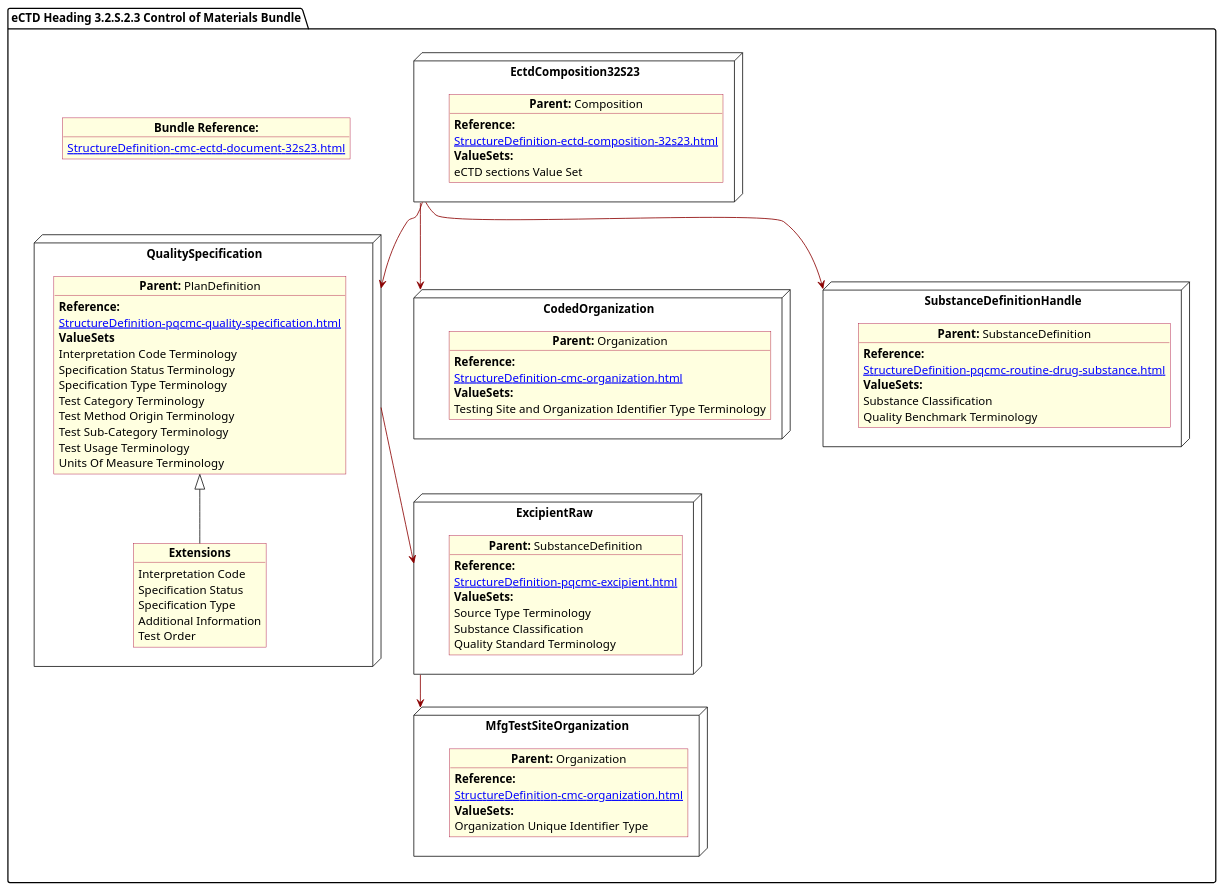
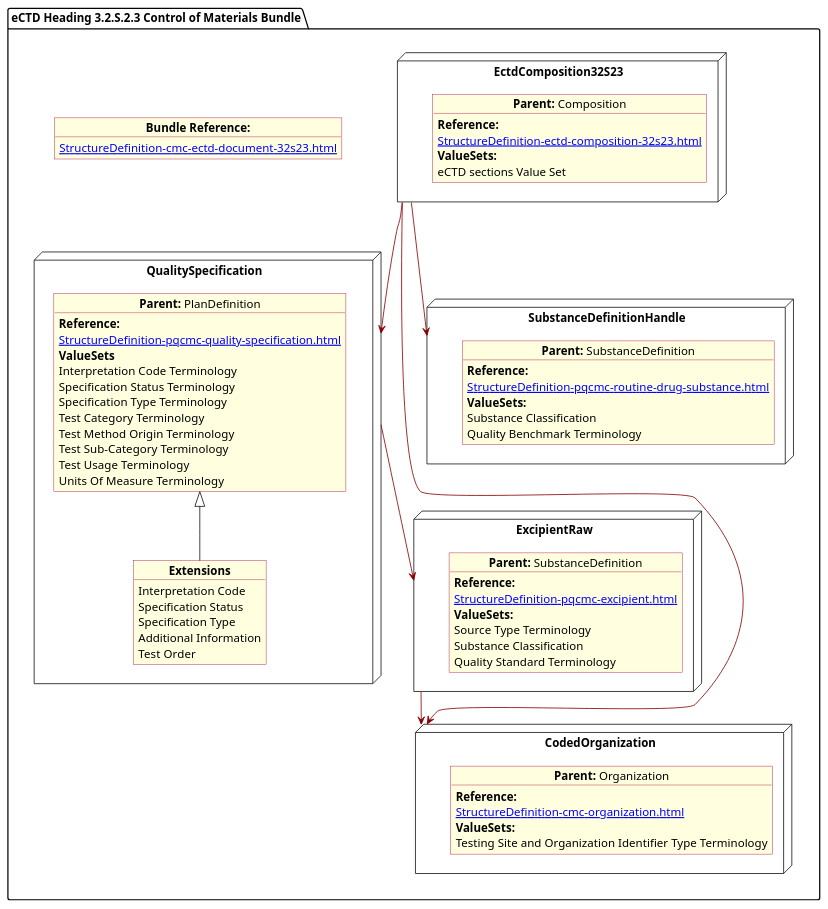
One commit to HL7/FHIR-us-pq-cmc-fda changed the diagram in input/images-source/SubstanceControlMat.plantuml. Above: the diagram before and after it, drawn with PlantUML. The commit also changed 9 other files, not shown here.

Commit message:
diagrams and text ballot changes

```diff
--- a/input/images-source/SubstanceControlMat.plantuml
+++ b/input/images-source/SubstanceControlMat.plantuml
@@ -1,97 +1,89 @@
 @startuml SubstanceControlMat
 allowmixing
 'Mixed model of use case and object
 skinparam svgDimensionStyle false
 skinparam ObjectBackgroundColor LightYellow
 skinparam ObjectBorderColor #A80036
 skinparam activityDiamondBorderColor #A80036
 skinparam activityDiamondBackgroundColor lawnGreen
 skinparam ClassBorderThickness 4
 
 package "eCTD Heading 3.2.S.2.3 Control of Materials Bundle" as NODES {
     object "**Bundle Reference:**" as objbun {
         [[StructureDefinition-cmc-ectd-document-32s23.html]]
     }
 
     node "QualitySpecification" as N2 {
 
         object "**Parent:** PlanDefinition" as obj2 {
             **Reference:**
             [[StructureDefinition-pqcmc-quality-specification.html]]
             **ValueSets**
             Interpretation Code Terminology
             Specification Status Terminology
             Specification Type Terminology
             Test Category Terminology
             Test Method Origin Terminology
             Test Sub-Category Terminology
             Test Usage Terminology
             Units Of Measure Terminology
         }
         object "**Extensions**" as objQSEx {
             Interpretation Code
             Specification Status
             Specification Type
             Additional Information
             Test Order
         }
         obj2 <|-- objQSEx
     }
     node "EctdComposition32S23" as N1 {
 
         object "**Parent:** Composition" as obj1 {
             **Reference:**
             [[StructureDefinition-ectd-composition-32s23.html]]
             **ValueSets:**
             eCTD sections Value Set
         }
     }
 
-    node "CodedOrganization" as NSO {
-
-        object "**Parent:** Organization" as objAu {
-            **Reference:**
-            [[StructureDefinition-cmc-organization.html]]
-            **ValueSets:**
-            Testing Site and Organization Identifier Type Terminology
-        }
-    }
 
     node "ExcipientRaw" as N21 {
 
         object "**Parent:** SubstanceDefinition" as obj22 {
             **Reference:**
             [[StructureDefinition-pqcmc-excipient.html]]
             **ValueSets:**
             Source Type Terminology
             Substance Classification
             Quality Standard Terminology
         }
     }
-    node "MfgTestSiteOrganization" as N21mfg {
+        node "CodedOrganization" as NSO {
 
-        object "**Parent:** Organization" as objTS  {
+        object "**Parent:** Organization" as objAu {
             **Reference:**
             [[StructureDefinition-cmc-organization.html]]
             **ValueSets:**
-            Organization Unique Identifier Type
+            Testing Site and Organization Identifier Type Terminology
         }
     }
 
+    
   node "SubstanceDefinitionHandle" as NN { 
       object "**Parent:** SubstanceDefinition" as obj3 {
                    **Reference:**
       [[StructureDefinition-pqcmc-routine-drug-substance.html]]
                 **ValueSets:**
                 Substance Classification
                 Quality Benchmark Terminology
       }  
 }
 
-    N1 -[#darkred]-> N2
+    N1 -[#darkred]--> N2
     N2 -[#darkred]-> N21
-    N1 -[#darkred]-> NSO
-    N1 -[#darkred]-> NN
-    N21 -[#darkred]-> N21mfg
+    N1 -[#darkred]--> NSO
+    N1 -[#darkred]--> NN
+    N21 -[#darkred]-> NSO
 }
 @enduml
```
